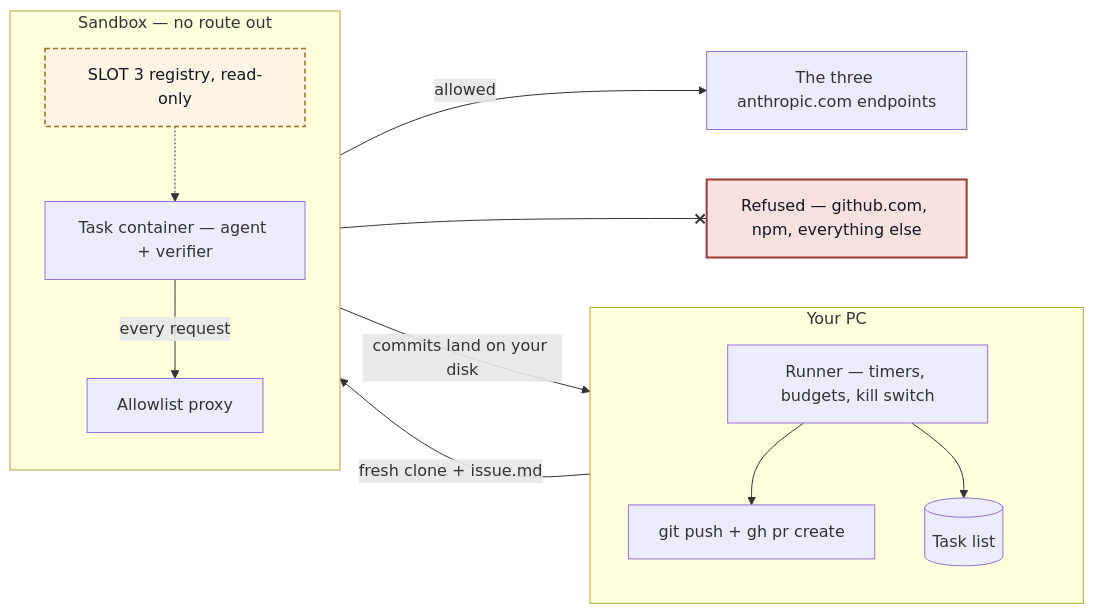
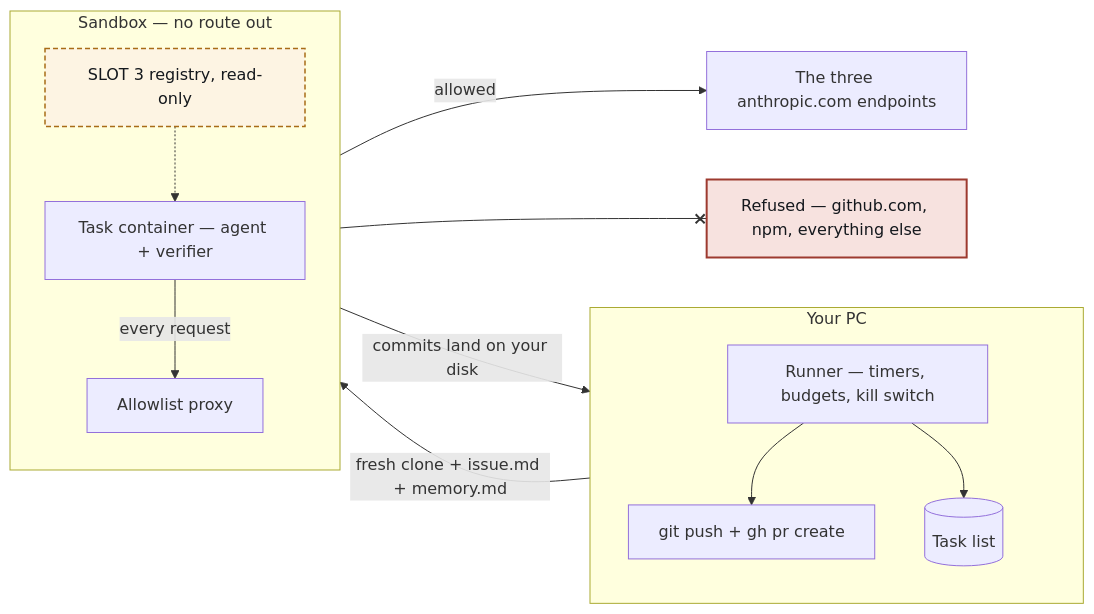
One commit to Chadleewalker/Multi-AgentPipelines changed the fifth of 5 diagrams in docs/pipeline-diagram.md. Above: the diagram before and after it, drawn with Mermaid. The commit also changed 2 other files, not shown here.

Commit message:
Docs: memory In channel shipped (repo-eyn)

````diff
--- a/docs/pipeline-diagram.md
+++ b/docs/pipeline-diagram.md
@@ -129,28 +129,28 @@
 ```mermaid
 flowchart LR
   subgraph HOST["Your PC"]
     direction TB
     R["Runner — timers, budgets, kill switch"]
     GH["git push + gh pr create"]
     BD[("Task list")]
   end
   subgraph NET["Sandbox — no route out"]
     direction TB
     T["Task container — agent + verifier"]
     PX["Allowlist proxy"]
     REG["SLOT 3 registry, read-only"]
   end
-  R -->|"fresh clone + issue.md"| T
+  R -->|"fresh clone + issue.md + memory.md"| T
   T -->|"commits land on your disk"| R
   T -->|"every request"| PX
   PX -->|"allowed"| AN["The three anthropic.com endpoints"]
   PX --x BL["Refused — github.com, npm, everything else"]
   REG -.-> T
   R --> GH
   R --> BD
 
   classDef specialist fill:#fdf4e3,stroke:#a86c17,stroke-width:1.5px,stroke-dasharray:5 3,color:#14181d
   classDef blocked fill:#f7e2df,stroke:#9d3a2f,stroke-width:2px,color:#14181d
   class REG specialist
   class BL blocked
 ```
````
